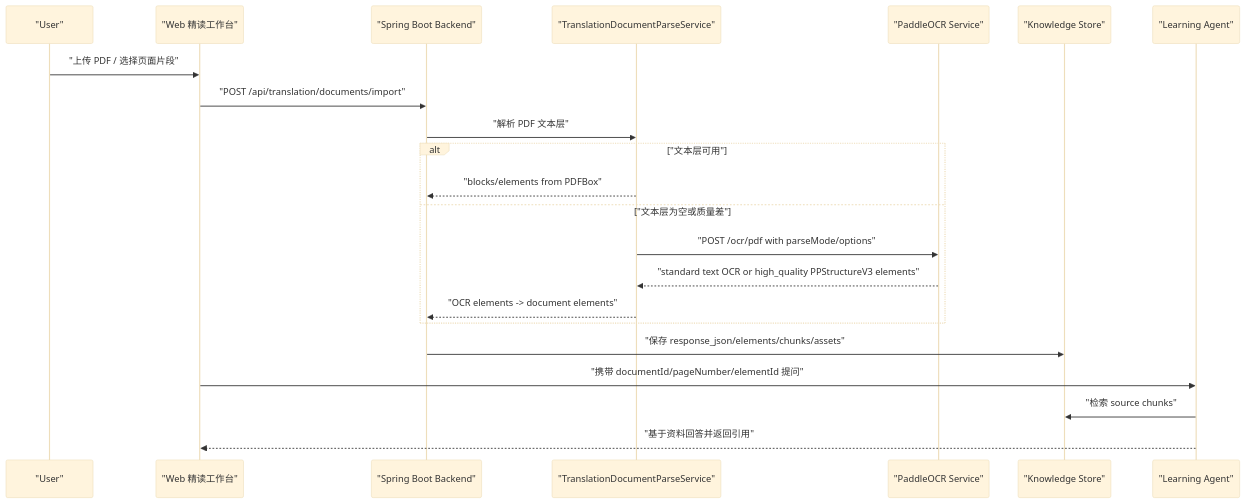
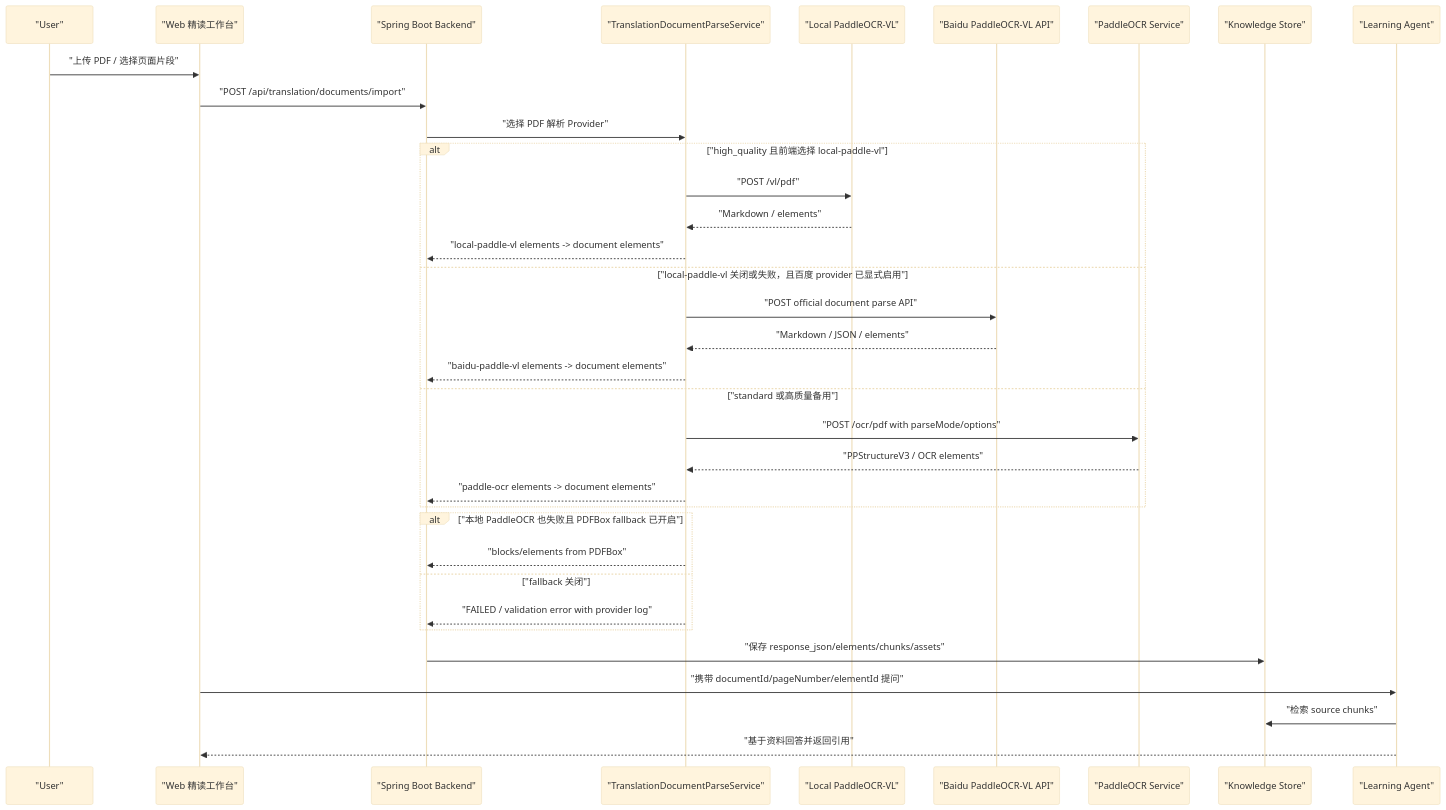
Before and after one commit to LiMing0016/personalenglishai: the diagram in docs/architecture/PaddleOCR高质量文档解析方案.md, drawn with Mermaid (base theme). The commit also changed other lines of this file and 72 other files, not shown here.

Commit message:
Add local Paddle OCR document parsing

````diff
--- a/docs/architecture/PaddleOCR高质量文档解析方案.md
+++ b/docs/architecture/PaddleOCR高质量文档解析方案.md
@@ -167,25 +171,38 @@
 ```mermaid
 sequenceDiagram
   participant User as "User"
   participant Web as "Web 精读工作台"
   participant Backend as "Spring Boot Backend"
   participant Parser as "TranslationDocumentParseService"
+  participant LocalVL as "Local PaddleOCR-VL"
+  participant BaiduVL as "Baidu PaddleOCR-VL API"
   participant OCR as "PaddleOCR Service"
   participant Store as "Knowledge Store"
   participant Agent as "Learning Agent"
 
   User->>Web: "上传 PDF / 选择页面片段"
   Web->>Backend: "POST /api/translation/documents/import"
-  Backend->>Parser: "解析 PDF 文本层"
-  alt "文本层可用"
+  Backend->>Parser: "选择 PDF 解析 Provider"
+  alt "high_quality 且前端选择 local-paddle-vl"
+    Parser->>LocalVL: "POST /vl/pdf"
+    LocalVL-->>Parser: "Markdown / elements"
+    Parser-->>Backend: "local-paddle-vl elements -> document elements"
+  else "local-paddle-vl 关闭或失败，且百度 provider 已显式启用"
+    Parser->>BaiduVL: "POST official document parse API"
+    BaiduVL-->>Parser: "Markdown / JSON / elements"
+    Parser-->>Backend: "baidu-paddle-vl elements -> document elements"
+  else "standard 或高质量备用"
+    Parser->>OCR: "POST /ocr/pdf with parseMode/options"
+    OCR-->>Parser: "PPStructureV3 / OCR elements"
+    Parser-->>Backend: "paddle-ocr elements -> document elements"
+  end
+  alt "本地 PaddleOCR 也失败且 PDFBox fallback 已开启"
     Parser-->>Backend: "blocks/elements from PDFBox"
-  else "文本层为空或质量差"
-    Parser->>OCR: "POST /ocr/pdf with parseMode/options"
-    OCR-->>Parser: "standard text OCR or high_quality PPStructureV3 elements"
-    Parser-->>Backend: "OCR elements -> document elements"
+  else "fallback 关闭"
+    Parser-->>Backend: "FAILED / validation error with provider log"
   end
   Backend->>Store: "保存 response_json/elements/chunks/assets"
   Web->>Agent: "携带 documentId/pageNumber/elementId 提问"
   Agent->>Store: "检索 source chunks"
   Agent-->>Web: "基于资料回答并返回引用"
 ```
````
